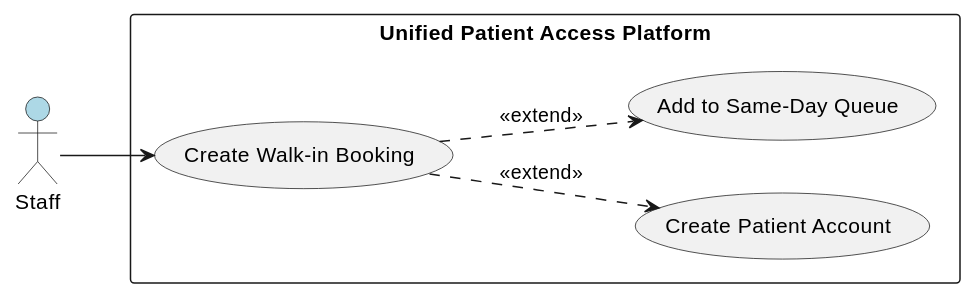
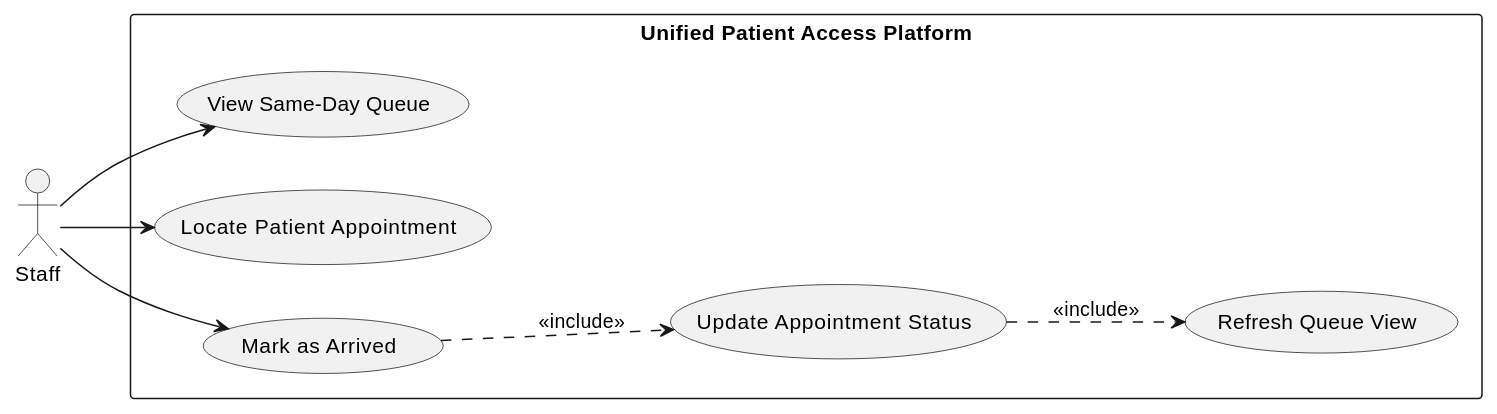
One commit to divya-bharathi-24/Propel-IQ-Patient-Platform changed the sixth of 12 diagrams in .propel/context/docs/spec.md. Above: the diagram before and after it, drawn with PlantUML. The commit also changed other lines of this file and 60 other files, not shown here.

````diff
--- a/.propel/context/docs/spec.md
+++ b/.propel/context/docs/spec.md
@@ -464,18 +504,22 @@
 ```plantuml
-@startuml
+@startuml UC-006-Mark-Arrived
 left to right direction
 skinparam packageStyle rectangle
 
-actor Staff #LightBlue
+actor Staff
 
 rectangle "Unified Patient Access Platform" {
-  usecase "Create Walk-in Booking" as UC8
-  usecase "Create Patient Account" as UC8a
-  usecase "Add to Same-Day Queue" as UC9
+  usecase "View Same-Day Queue" as UC006_QUEUE
+  usecase "Locate Patient Appointment" as UC006_LOCATE
+  usecase "Mark as Arrived" as UC006_MARK
+  usecase "Update Appointment Status" as UC006_UPDATE
+  usecase "Refresh Queue View" as UC006_REFRESH
 }
 
-Staff --> UC8
-UC8 ..> UC8a : <<extend>>
-UC8 ..> UC9 : <<extend>>
+Staff --> UC006_QUEUE
+Staff --> UC006_LOCATE
+Staff --> UC006_MARK
+UC006_MARK ..> UC006_UPDATE : <<include>>
+UC006_UPDATE ..> UC006_REFRESH : <<include>>
 @enduml
 ```
````
